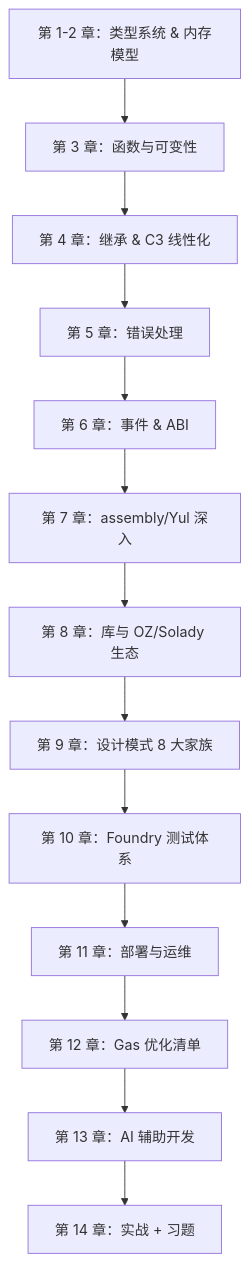
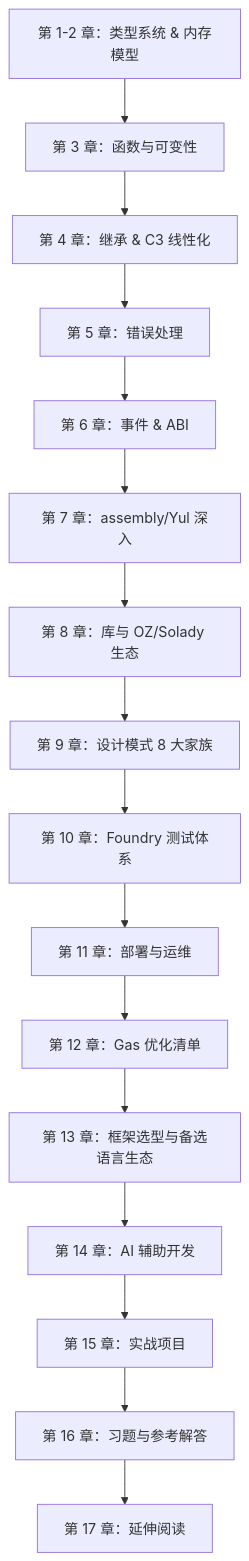
The first of 6 diagrams in web3-engineer-guide/04-Solidity开发/README.md (ChuwuYo/misc-files), drawn with Mermaid before and after one commit. The commit also changed other lines of this file and 9 other files, not shown here.

````diff
--- a/web3-engineer-guide/04-Solidity开发/README.md
+++ b/web3-engineer-guide/04-Solidity开发/README.md
@@ -24,15 +24,18 @@
 ```mermaid
 flowchart TD
     A[第 1-2 章：类型系统 & 内存模型] --> B[第 3 章：函数与可变性]
     B --> C[第 4 章：继承 & C3 线性化]
     C --> D[第 5 章：错误处理]
     D --> E[第 6 章：事件 & ABI]
     E --> F[第 7 章：assembly/Yul 深入]
     F --> G[第 8 章：库与 OZ/Solady 生态]
     G --> H[第 9 章：设计模式 8 大家族]
     H --> I[第 10 章：Foundry 测试体系]
     I --> J[第 11 章：部署与运维]
     J --> K[第 12 章：Gas 优化清单]
-    K --> L[第 13 章：AI 辅助开发]
-    L --> M[第 14 章：实战 + 习题]
+    K --> L[第 13 章：框架选型与备选语言生态]
+    L --> M[第 14 章：AI 辅助开发]
+    M --> N[第 15 章：实战项目]
+    N --> O[第 16 章：习题与参考解答]
+    O --> P[第 17 章：延伸阅读]
 ```
````
